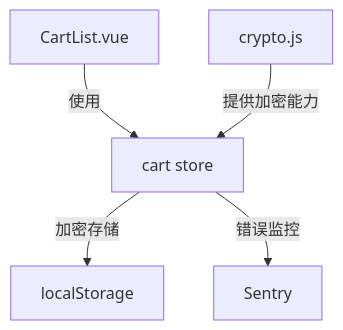
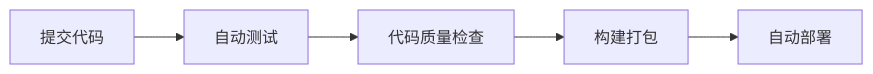
Before and after one commit to Arabeseque/SwiftCart: the fourth of 4 diagrams in DESIGN.md, drawn with Mermaid. The commit also changed other lines of this file and 6 other files, not shown here.

````diff
--- a/DESIGN.md
+++ b/DESIGN.md
@@ -4,7 +140,7 @@
 ```mermaid
-graph TD
-    A[CartList.vue] -->|使用| B[cart store]
-    B -->|加密存储| C[localStorage]
-    B -->|错误监控| D[Sentry]
-    E[crypto.js] -->|提供加密能力| B
+graph LR
+    A[提交代码] --> B[自动测试]
+    B --> C[代码质量检查]
+    C --> D[构建打包]
+    D --> E[自动部署]
 ```
````
